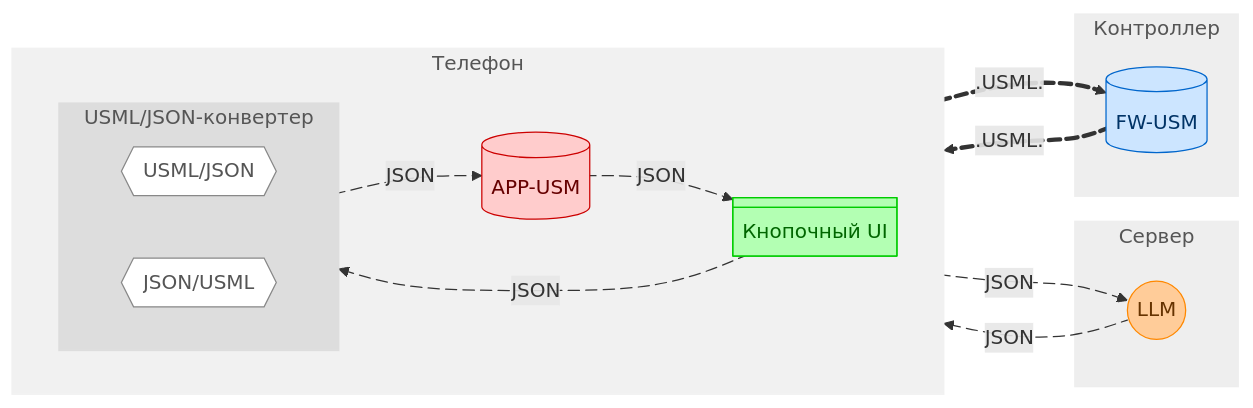
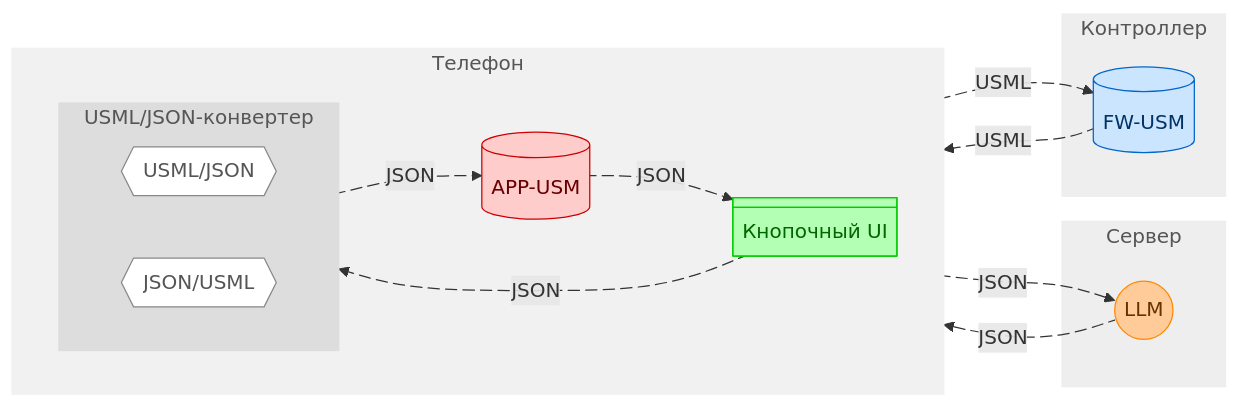
One commit to KhudyakovAlex/Synapse changed the diagram in PDS/SynapsePDS_USML.md. Above: the diagram before and after it, drawn with Mermaid. The commit also changed 3 other files, not shown here.

Commit message:
Fix Mermaid flowchart syntax in USML

````diff
--- a/PDS/SynapsePDS_USML.md
+++ b/PDS/SynapsePDS_USML.md
@@ -27,49 +27,49 @@
 ```mermaid
 flowchart LR
     subgraph Сервер
       LLM((LLM))
     end
 
     subgraph Телефон
       direction LR
       UI@{ shape: div-rect, label: "Кнопочный UI" }
       APPUSM@{ shape: cyl, label: "APP-USM" }
 
       subgraph USML/JSON-конвертер
         direction LR
         C-IN{{USML/JSON}}
         C-OUT{{JSON/USML}}
       end
     end
   
     subgraph Контроллер
       FWUSM@{ shape: cyl, label: "FW-USM" }
     end
 
     APPUSM e1@-.JSON.-> UI
     APPUSM e2@-.JSON.-> LLM
     LLM e3@-.JSON.-> C-OUT
     UI e4@-.JSON.-> C-OUT
-    C-OUT e5@==.USML.==> FWUSM
-    FWUSM e6@==.USML.==> C-IN
+    C-OUT e5@-.USML.-> FWUSM
+    FWUSM e6@-.USML.-> C-IN
     C-IN e7@-.JSON.-> APPUSM
 
     style Сервер fill:#eeeeee,stroke:#eeeeee,color:#555555
     style USML/JSON-конвертер fill:#dddddd,stroke:#dddddd,color:#555555
     style Телефон fill:#f1f1f1,stroke:#f1f1f1,color:#555555
     style Контроллер fill:#eeeeee,stroke:#eeeeee,color:#555555
     style LLM fill:#ffcc99,stroke:#ff8800,color:#663300
     style UI fill:#b3ffb3,stroke:#00cc00,color:#006600
     style APPUSM fill:#ffcccc,stroke:#cc0000,color:#660000
     style FWUSM fill:#cce5ff,stroke:#0066cc,color:#003366
     style C-IN fill:#ffffff,stroke:#888888,color:#555555
     style C-OUT fill:#ffffff,stroke:#888888,color:#555555
 
     e1@{ animation: slow }
     e2@{ animation: slow }
     e3@{ animation: slow }
     e4@{ animation: slow }
     e5@{ animation: slow }
     e6@{ animation: slow }
     e7@{ animation: slow }
 ```
````
